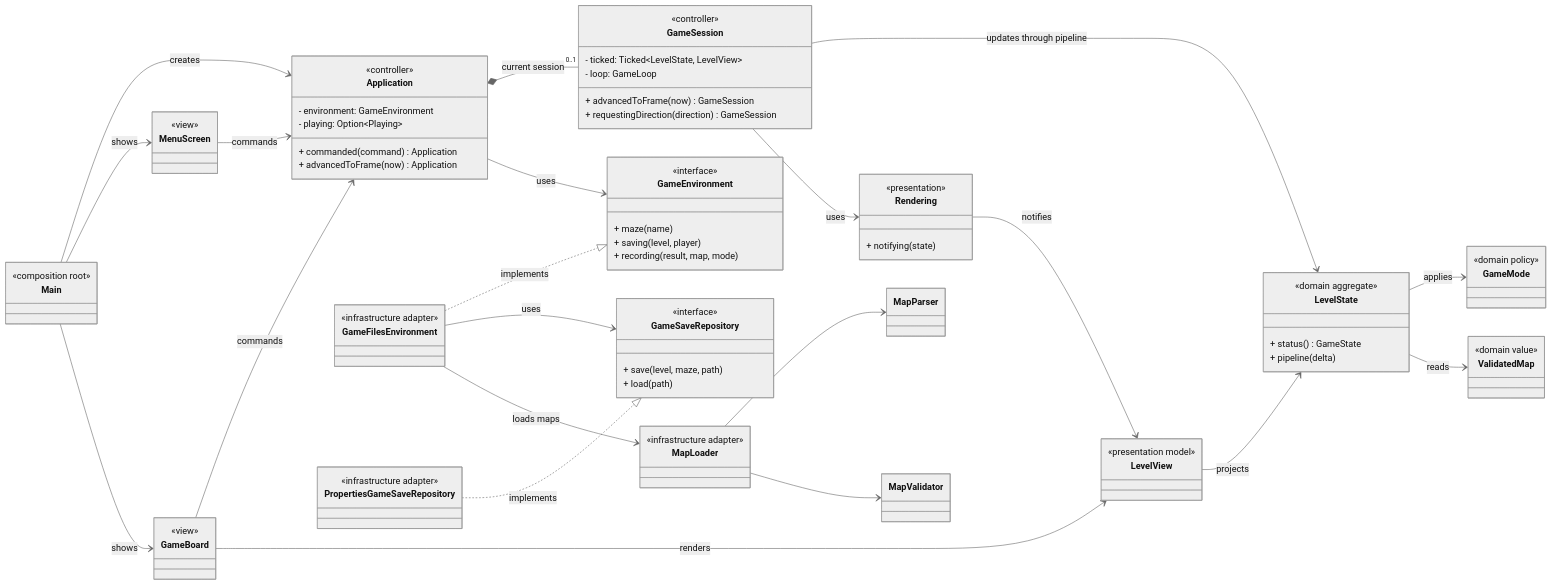
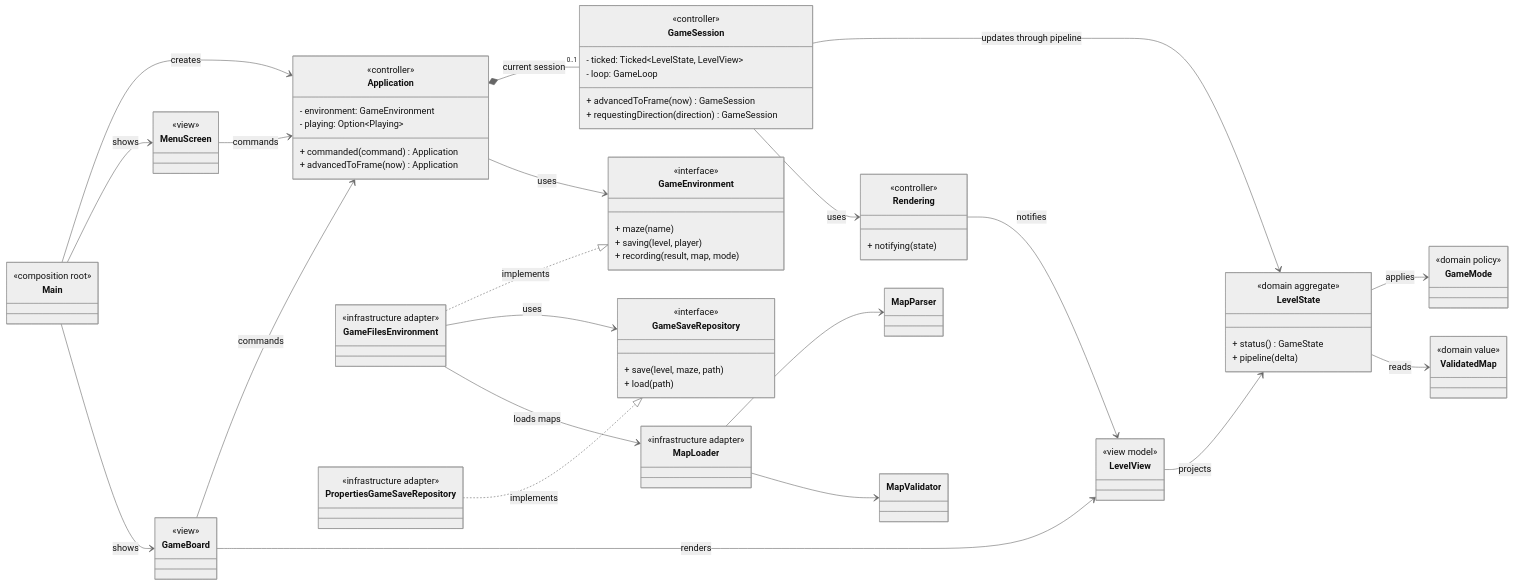
One commit to PPS-25/PPS-25-scala-man changed the diagram in docs/uml/application-class-diagram.mmd. Above: the diagram before and after it, drawn with Mermaid. The commit also changed 5 other files, not shown here.

Commit message:
docs(report): add diagrams to chapter 4

```diff
--- a/docs/uml/application-class-diagram.mmd
+++ b/docs/uml/application-class-diagram.mmd
@@ -1,88 +1,88 @@
 %%{init: {"theme": "neutral"}}%%
 classDiagram
-direction LR
+  direction LR
 
-class Main {
-  <<composition root>>
+  class Main {
+<<composition root>>
 }
 class MenuScreen {
-  <<view>>
+<<view>>
 }
 class GameBoard {
-  <<view>>
+<<view>>
 }
 class Application {
-  <<controller>>
-  - environment: GameEnvironment
-  - playing: Option~Playing~
-  + commanded(command) Application
-  + advancedToFrame(now) Application
+<<controller>>
+- environment: GameEnvironment
+- playing: Option~Playing~
++ commanded(command) Application
++ advancedToFrame(now) Application
 }
 class GameSession {
-  <<controller>>
-  - ticked: Ticked~LevelState, LevelView~
-  - loop: GameLoop
-  + advancedToFrame(now) GameSession
-  + requestingDirection(direction) GameSession
+<<controller>>
+- ticked: Ticked~LevelState, LevelView~
+- loop: GameLoop
++ advancedToFrame(now) GameSession
++ requestingDirection(direction) GameSession
 }
 class GameEnvironment {
-  <<interface>>
-  + maze(name)
-  + saving(level, player)
-  + recording(result, map, mode)
+<<interface>>
++ maze(name)
++ saving(level, player)
++ recording(result, map, mode)
 }
 class LevelView {
-  <<presentation model>>
+<<view model>>
 }
 class Rendering {
-  <<presentation>>
-  + notifying(state)
+<<controller>>
++ notifying(state)
 }
 class LevelState {
-  <<domain aggregate>>
-  + status() GameState
-  + pipeline(delta)
+<<domain aggregate>>
++ status() GameState
++ pipeline(delta)
 }
 class GameMode {
-  <<domain policy>>
+<<domain policy>>
 }
 class ValidatedMap {
-  <<domain value>>
+<<domain value>>
 }
 class GameFilesEnvironment {
-  <<infrastructure adapter>>
+<<infrastructure adapter>>
 }
 class GameSaveRepository {
-  <<interface>>
-  + save(level, maze, path)
-  + load(path)
+<<interface>>
++ save(level, maze, path)
++ load(path)
 }
 class PropertiesGameSaveRepository {
-  <<infrastructure adapter>>
+<<infrastructure adapter>>
 }
 class MapLoader {
-  <<infrastructure adapter>>
+<<infrastructure adapter>>
 }
 class MapParser
 class MapValidator
 
 Main --> Application : creates
 Main --> MenuScreen : shows
 Main --> GameBoard : shows
 MenuScreen --> Application : commands
 GameBoard --> Application : commands
 Application *-- "0..1" GameSession : current session
 Application --> GameEnvironment : uses
 GameSession --> LevelState : updates through pipeline
 GameSession --> Rendering : uses
 LevelState --> GameMode : applies
 LevelState --> ValidatedMap : reads
 LevelView --> LevelState : projects
 Rendering --> LevelView : notifies
 GameBoard --> LevelView : renders
 GameFilesEnvironment ..|> GameEnvironment : implements
 GameFilesEnvironment --> GameSaveRepository : uses
 PropertiesGameSaveRepository ..|> GameSaveRepository : implements
 GameFilesEnvironment --> MapLoader : loads maps
 MapLoader --> MapParser
 MapLoader --> MapValidator
```
